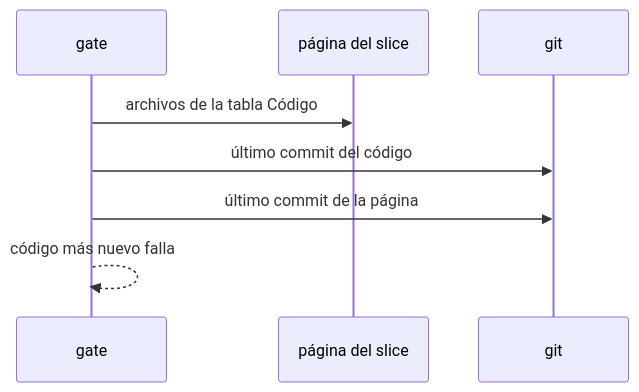
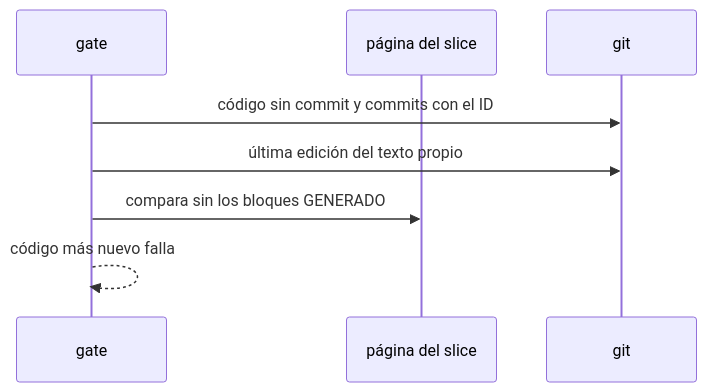
One commit to jliberal-aquas/aquas-central-harness-government changed the second of 2 diagrams in docs/E001/F017/S006.md. Above: the diagram before and after it, drawn with Mermaid. The commit also changed other lines of this file and 14 other files, not shown here.

First line of the commit message:
E001/F017/S006: la página del slice en curso va al día con su código

````diff
--- a/docs/E001/F017/S006.md
+++ b/docs/E001/F017/S006.md
@@ -62,10 +65,10 @@
 ```mermaid
 sequenceDiagram
     participant G as gate
     participant W as página del slice
     participant Git as git
-    G->>W: archivos de la tabla Código
-    G->>Git: último commit del código
-    G->>Git: último commit de la página
+    G->>Git: código sin commit y commits con el ID
+    G->>Git: última edición del texto propio
+    G->>W: compara sin los bloques GENERADO
     G-->>G: código más nuevo falla
 ```
````
